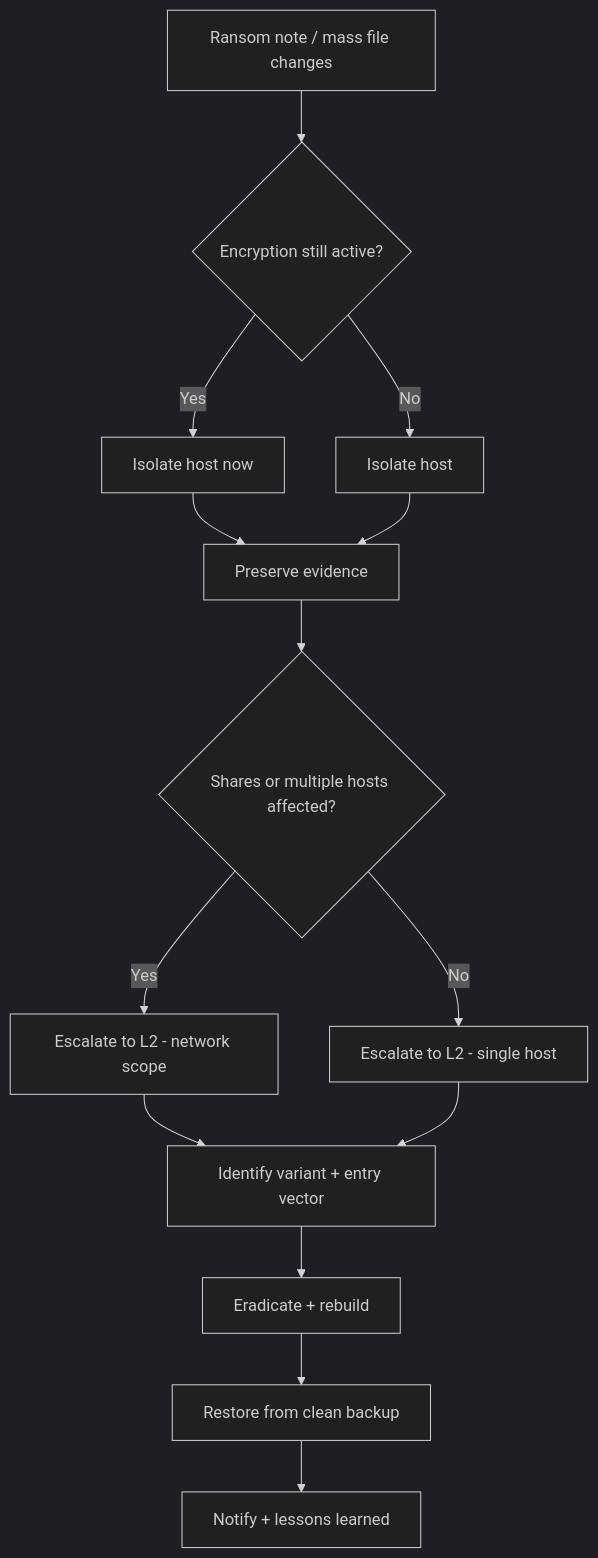
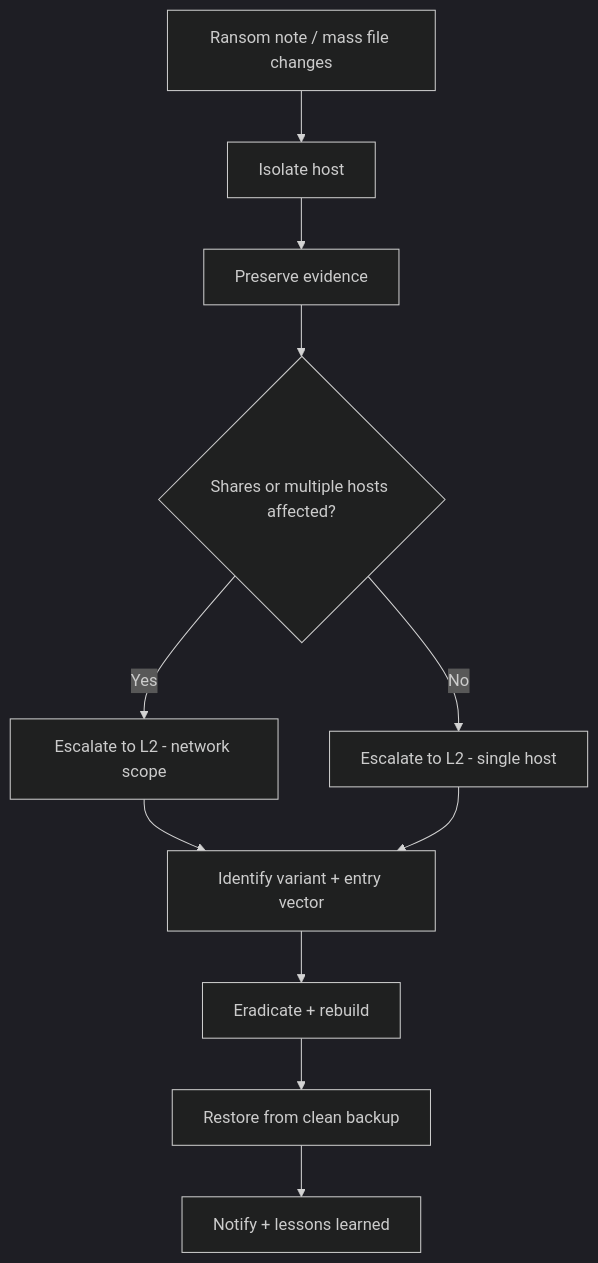
One commit to MiracleDvm/ir-firstline changed the diagram in docs/runbooks/ransomware.md. Above: the diagram before and after it, drawn with Mermaid (dark theme). The commit also changed 10 other files, not shown here.

Commit message:
Fix README stale reference, simplify ransomware diagram, add OG tags, correct FR naming

````diff
--- a/docs/runbooks/ransomware.md
+++ b/docs/runbooks/ransomware.md
@@ -29,16 +29,13 @@
 ```mermaid
 flowchart TD
-    A[Ransom note / mass file changes] --> B{Encryption still active?}
-    B -->|Yes| C[Isolate host now]
-    B -->|No| D[Isolate host]
-    C --> E[Preserve evidence]
-    D --> E
-    E --> F{Shares or multiple hosts affected?}
-    F -->|Yes| G[Escalate to L2 - network scope]
-    F -->|No| H[Escalate to L2 - single host]
-    G --> I[Identify variant + entry vector]
-    H --> I
-    I --> J[Eradicate + rebuild]
-    J --> K[Restore from clean backup]
-    K --> L[Notify + lessons learned]
+    A[Ransom note / mass file changes] --> B[Isolate host]
+    B --> C[Preserve evidence]
+    C --> D{Shares or multiple hosts affected?}
+    D -->|Yes| E[Escalate to L2 - network scope]
+    D -->|No| F[Escalate to L2 - single host]
+    E --> G[Identify variant + entry vector]
+    F --> G
+    G --> H[Eradicate + rebuild]
+    H --> I[Restore from clean backup]
+    I --> J[Notify + lessons learned]
 ```
````
